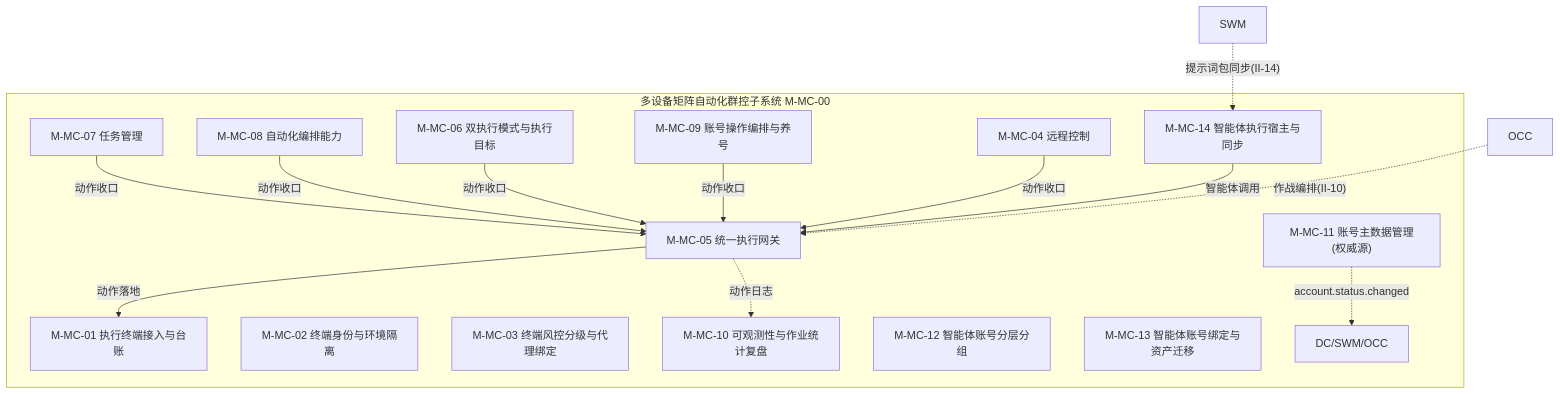
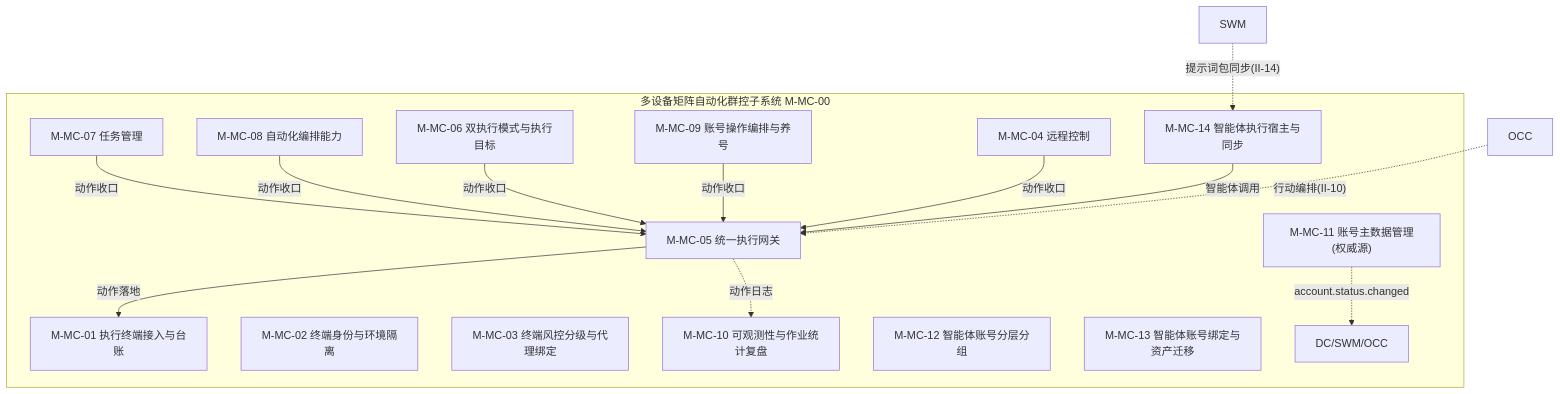
One commit to Sj-g/obsidian changed the tenth of 14 diagrams in 公司项目/认知作战/文档/软件概要设计说明.md. Above: the diagram before and after it, drawn with Mermaid. The commit also changed other lines of this file and 10 other files, not shown here.

````diff
--- a/公司项目/认知作战/文档/软件概要设计说明.md
+++ b/公司项目/认知作战/文档/软件概要设计说明.md
@@ -347,26 +347,26 @@
 ```mermaid
 flowchart TB
     subgraph MC["多设备矩阵自动化群控子系统 M-MC-00"]
         MC1["M-MC-01 执行终端接入与台账"]
         MC2["M-MC-02 终端身份与环境隔离"]
         MC3["M-MC-03 终端风控分级与代理绑定"]
         MC4["M-MC-04 远程控制"]
         MC5["M-MC-05 统一执行网关"]
         MC6["M-MC-06 双执行模式与执行目标"]
         MC7["M-MC-07 任务管理"]
         MC8["M-MC-08 自动化编排能力"]
         MC9["M-MC-09 账号操作编排与养号"]
         MC10["M-MC-10 可观测性与作业统计复盘"]
         MC11["M-MC-11 账号主数据管理(权威源)"]
         MC12["M-MC-12 智能体账号分层分组"]
         MC13["M-MC-13 智能体账号绑定与资产迁移"]
         MC14["M-MC-14 智能体执行宿主与同步"]
         MC7 & MC8 & MC6 & MC9 & MC4 -->|"动作收口"| MC5
         MC14 -->|"智能体调用"| MC5
         MC5 -->|"动作落地"| MC1
         MC5 -.->|"动作日志"| MC10
         MC11 -.->|"account.status.changed"| EXT["DC/SWM/OCC"]
     end
     SWM["SWM"] -.->|"提示词包同步(II-14)"| MC14
-    OCC["OCC"] -.->|"作战编排(II-10)"| MC5
+    OCC["OCC"] -.->|"行动编排(II-10)"| MC5
 ```
````
